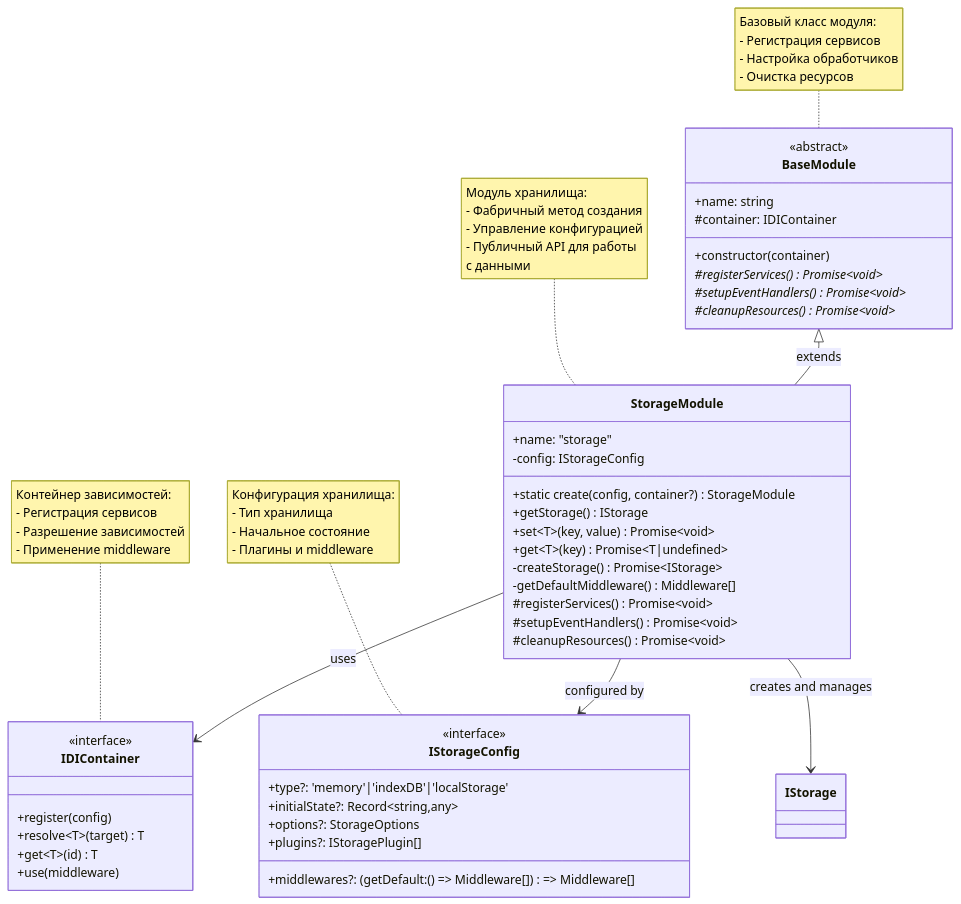
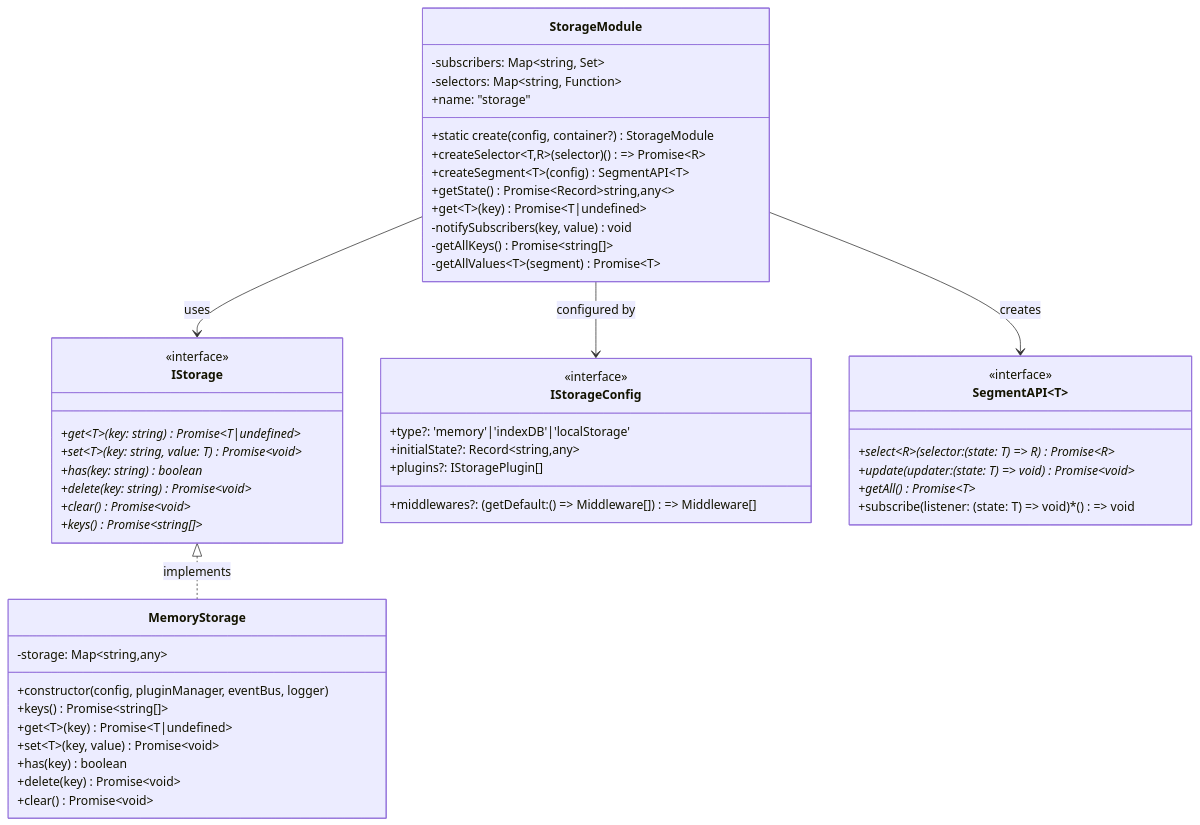
The first of 2 diagrams in client/app/_ui/modules/synapse/services/storage/doc/storage.doc.md (Vlad92msk/social_network.v2), drawn with Mermaid before and after one commit. The commit also changed other lines of this file and 8 other files, not shown here.

````diff
--- a/client/app/_ui/modules/synapse/services/storage/doc/storage.doc.md
+++ b/client/app/_ui/modules/synapse/services/storage/doc/storage.doc.md
@@ -1,68 +1,62 @@
 ```mermaid
 classDiagram
-%% Базовые интерфейсы и абстракции
-    class BaseModule {
-        <<abstract>>
-        +name: string
-        #container: IDIContainer
-        +constructor(container)
-        #registerServices()* Promise~void~
-        #setupEventHandlers()* Promise~void~
-        #cleanupResources()* Promise~void~
+%% Базовые интерфейсы
+    class IStorage {
+        <<interface>>
+        +get~T~(key: string)* Promise~T|undefined~
+        +set~T~(key: string, value: T)* Promise~void~
+        +has(key: string)* boolean
+        +delete(key: string)* Promise~void~
+        +clear()* Promise~void~
+        +keys()* Promise~string[]~
     }
-    note for BaseModule "Базовый класс модуля:
-    - Регистрация сервисов
-    - Настройка обработчиков
-    - Очистка ресурсов"
 
     class IStorageConfig {
         <<interface>>
         +type?: 'memory'|'indexDB'|'localStorage'
         +initialState?: Record~string,any~
-        +options?: StorageOptions
         +plugins?: IStoragePlugin[]
         +middlewares?: (getDefault: () => Middleware[]) => Middleware[]
     }
-    note for IStorageConfig "Конфигурация хранилища:
-    - Тип хранилища
-    - Начальное состояние
-    - Плагины и middleware"
 
-    class IDIContainer {
+    class SegmentAPI~T~ {
         <<interface>>
-        +register(config)
-        +resolve~T~(target) T
-        +get~T~(id) T
-        +use(middleware)
+        +select~R~(selector: (state: T) => R)* Promise~R~
+        +update(updater: (state: T) => void)* Promise~void~
+        +getAll()* Promise~T~
+        +subscribe(listener: (state: T) => void)* () => void
     }
-    note for IDIContainer "Контейнер зависимостей:
-    - Регистрация сервисов
-    - Разрешение зависимостей
-    - Применение middleware"
 
-%% Основной класс модуля
+%% Основной модуль
     class StorageModule {
+        -subscribers: Map~string, Set~
+        -selectors: Map~string, Function~
         +name: "storage"
-        -config: IStorageConfig
         +static create(config, container?) StorageModule
-        +getStorage() IStorage
+        +createSelector~T,R~(selector) () => Promise~R~
+        +createSegment~T~(config) SegmentAPI~T~
+        +getState() Promise~Record~string,any~~
+        +get~T~(key) Promise~T|undefined~
+        -notifySubscribers(key, value) void
+        -getAllKeys() Promise~string[]~
+        -getAllValues~T~(segment) Promise~T~
+    }
+
+%% Реализация хранилища
+    class MemoryStorage {
+        -storage: Map~string,any~
+        +constructor(config, pluginManager, eventBus, logger)
+        +keys() Promise~string[]~
+        +get~T~(key) Promise~T|undefined~
         +set~T~(key, value) Promise~void~
-        +get~T~(key) Promise~T|undefined~
-        -createStorage() Promise~IStorage~
-        -getDefaultMiddleware() Middleware[]
-        #registerServices() Promise~void~
-        #setupEventHandlers() Promise~void~
-        #cleanupResources() Promise~void~
+        +has(key) boolean
+        +delete(key) Promise~void~
+        +clear() Promise~void~
     }
-    note for StorageModule "Модуль хранилища:
-    - Фабричный метод создания
-    - Управление конфигурацией
-    - Публичный API для работы
-    с данными"
 
 %% Связи
-    BaseModule <|-- StorageModule : extends
-    StorageModule --> IDIContainer : uses
+    IStorage <|.. MemoryStorage : implements
+    StorageModule --> IStorage : uses
+    StorageModule --> SegmentAPI : creates
     StorageModule --> IStorageConfig : configured by
-    StorageModule --> IStorage : creates and manages
 ```
````
